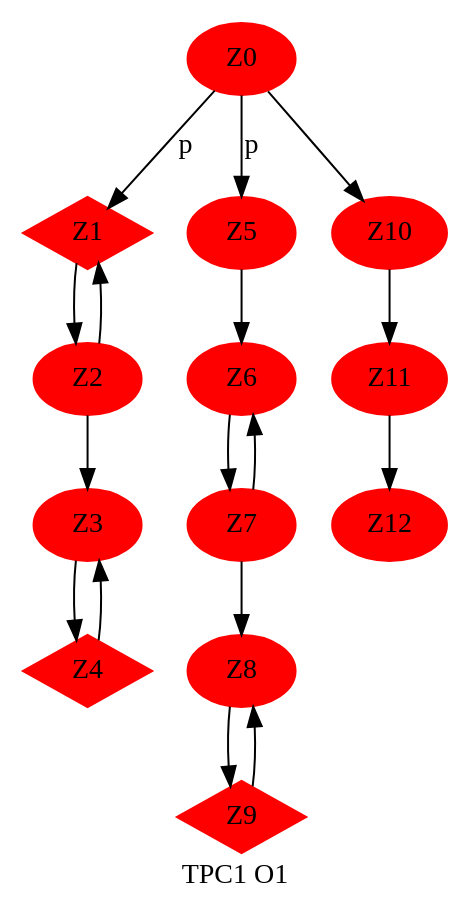
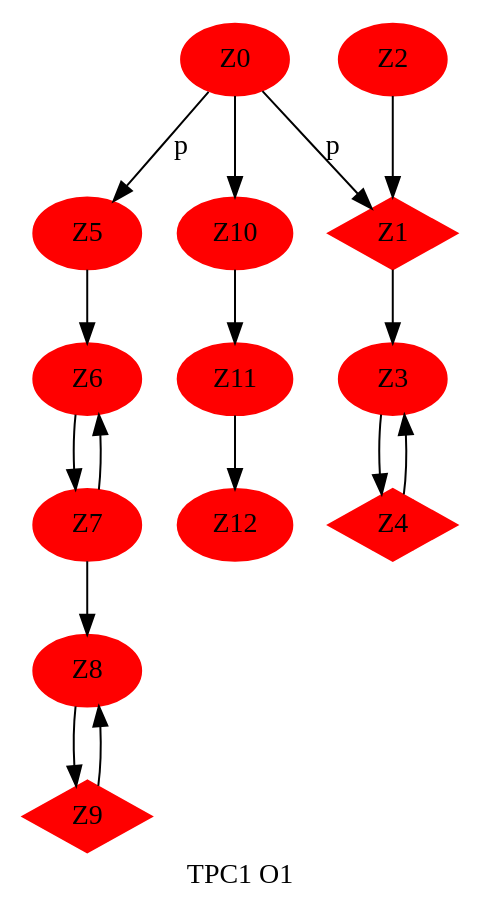
The diagram in src/texto2.dot (sidner/Dot2Dot-v2), drawn with Graphviz before and after one commit. The commit also changed 5 other files, not shown here.

```diff
--- a/src/texto2.dot
+++ b/src/texto2.dot
@@ -1,15 +1,15 @@
 digraph tpc1 {
                node [style=filled,color=red];
                
        Z0 ->Z1 [label= "p"];
-                Z1 -> Z2 -> Z3 -> Z4;
+                Z1 : Z2 -> Z3 -> Z4;
                Z2 -> Z1; Z4 -> Z3;
                Z0 -> Z5 [label="p"];
                Z5 -> Z6 -> Z7 ->Z8 -> Z9;
                Z7 -> Z6; Z9 -> Z8;
                Z0 -> Z10 -> Z11 -> Z12;
                label = "TPC1 O1"
        Z4[shape=Mdiamond]
        Z9[shape=Mdiamond]
        Z1[shape=Mdiamond]
 }
```
